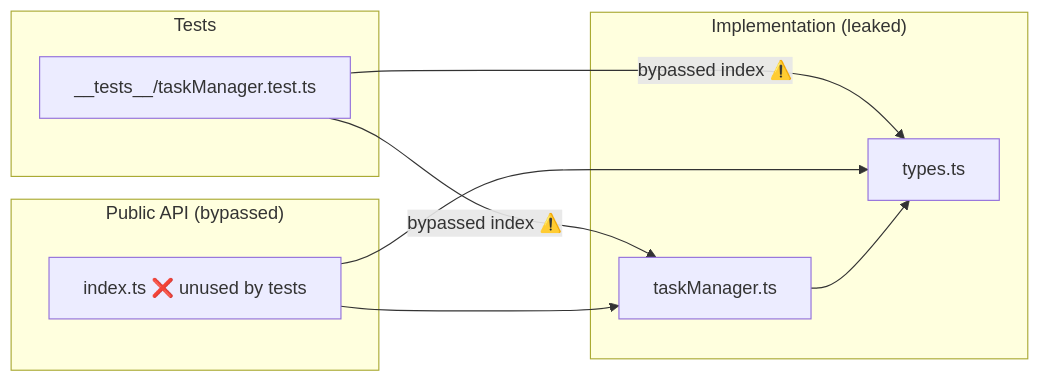
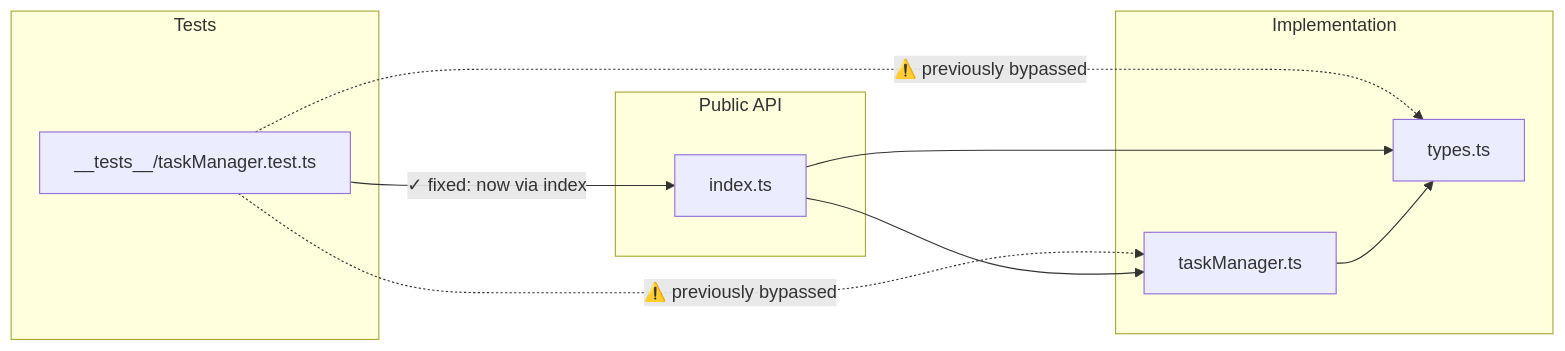
The third of 3 diagrams in assignments/todo-app-ts-test/docs/ARCHITECTURE.md (sivanbecker/home-assignements), drawn with Mermaid before and after one commit. The commit also changed other lines of this file and 1 other file, not shown here.

Commit message:
docs(todo-app-ts-test): generate ARCHITECTURE.md and REVIEW.md via ts-code-viewer

````diff
--- a/assignments/todo-app-ts-test/docs/ARCHITECTURE.md
+++ b/assignments/todo-app-ts-test/docs/ARCHITECTURE.md
@@ -72,21 +80,22 @@
 ```mermaid
 graph LR
   subgraph Tests
     test["__tests__/taskManager.test.ts"]
   end
 
-  subgraph "Public API (bypassed)"
-    index["index.ts ❌ unused by tests"]
+  subgraph "Public API"
+    index["index.ts"]
   end
 
-  subgraph "Implementation (leaked)"
+  subgraph "Implementation"
     manager["taskManager.ts"]
     types["types.ts"]
   end
 
-  test -->|"bypassed index ⚠️"| manager
-  test -->|"bypassed index ⚠️"| types
+  test -.->|"⚠️ previously bypassed"| manager
+  test -.->|"⚠️ previously bypassed"| types
+  test -->|"✓ fixed: now via index"| index
   index --> manager
   index --> types
   manager --> types
 ```
````
